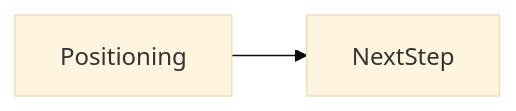
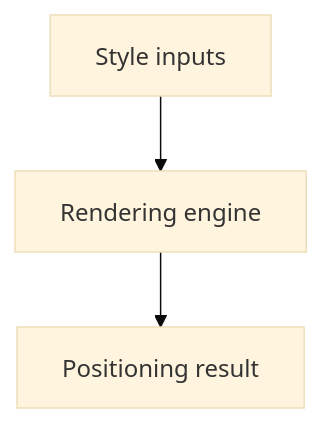
The second of 2 diagrams in docs/en/05-css/positioning/index.md (OmidJavaherii/Frontend-Engineering-Handbook), drawn with Mermaid (base theme) before and after one commit. The commit also changed other lines of this file and 461 other files, not shown here.

````diff
--- a/docs/en/05-css/positioning/index.md
+++ b/docs/en/05-css/positioning/index.md
@@ -95,4 +110,5 @@
 ```mermaid
-flowchart LR
-  concept[Positioning] --> nextStep[NextStep]
+flowchart TD
+  Input[Style inputs] --> Engine[Rendering engine]
+  Engine --> Out[Positioning result]
 ```
````
